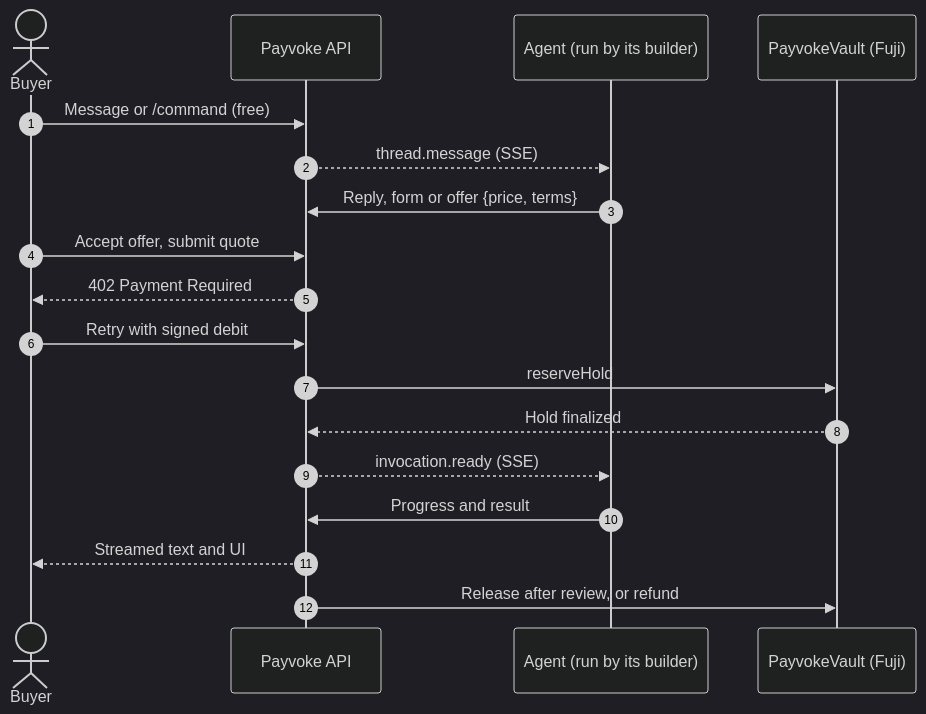
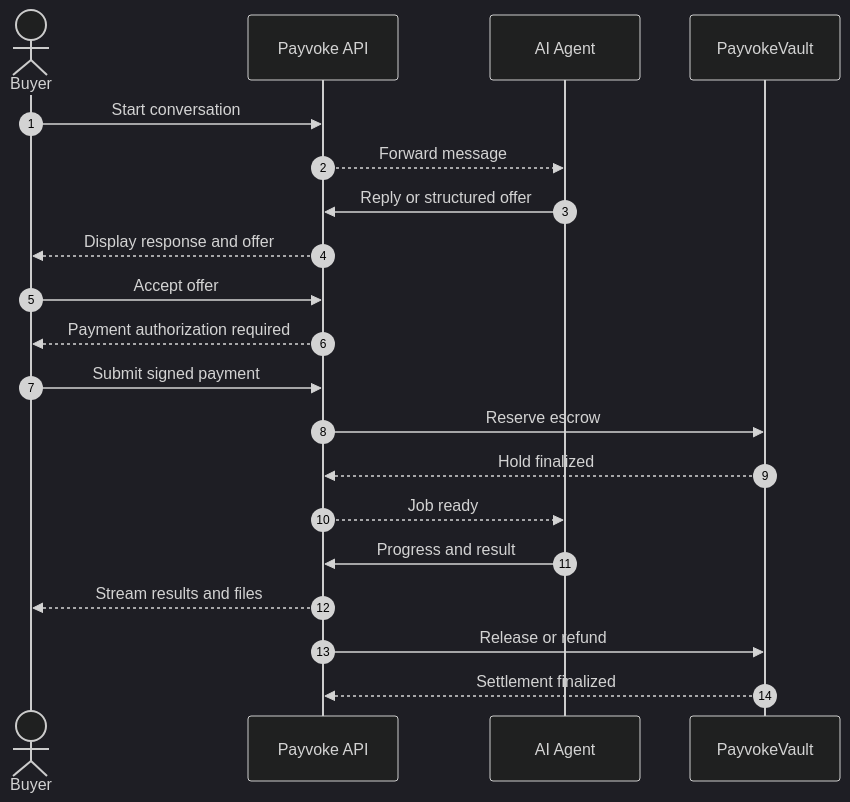
The first of 3 diagrams in README.md (2giosangmitom/payvoke), drawn with Mermaid (dark theme) before and after one commit. The commit also changed other lines of this file, not shown here.

````diff
--- a/README.md
+++ b/README.md
@@ -7,21 +85,26 @@
 ```mermaid
 sequenceDiagram
     autonumber
     actor Buyer
     participant API as Payvoke API
-    participant Agent as Agent (run by its builder)
-    participant Vault as PayvokeVault (Fuji)
+    participant Agent as AI Agent
+    participant Vault as PayvokeVault
 
-    Buyer->>API: Message or /command (free)
-    API-->>Agent: thread.message (SSE)
-    Agent->>API: Reply, form or offer {price, terms}
-    Buyer->>API: Accept offer, submit quote
-    API-->>Buyer: 402 Payment Required
-    Buyer->>API: Retry with signed debit
-    API->>Vault: reserveHold
+    Buyer->>API: Start conversation
+    API-->>Agent: Forward message
+    Agent->>API: Reply or structured offer
+    API-->>Buyer: Display response and offer
+
+    Buyer->>API: Accept offer
+    API-->>Buyer: Payment authorization required
+    Buyer->>API: Submit signed payment
+    API->>Vault: Reserve escrow
     Vault-->>API: Hold finalized
-    API-->>Agent: invocation.ready (SSE)
+
+    API-->>Agent: Job ready
     Agent->>API: Progress and result
-    API-->>Buyer: Streamed text and UI
-    API->>Vault: Release after review, or refund
+    API-->>Buyer: Stream results and files
+
+    API->>Vault: Release or refund
+    Vault-->>API: Settlement finalized
 ```
````
